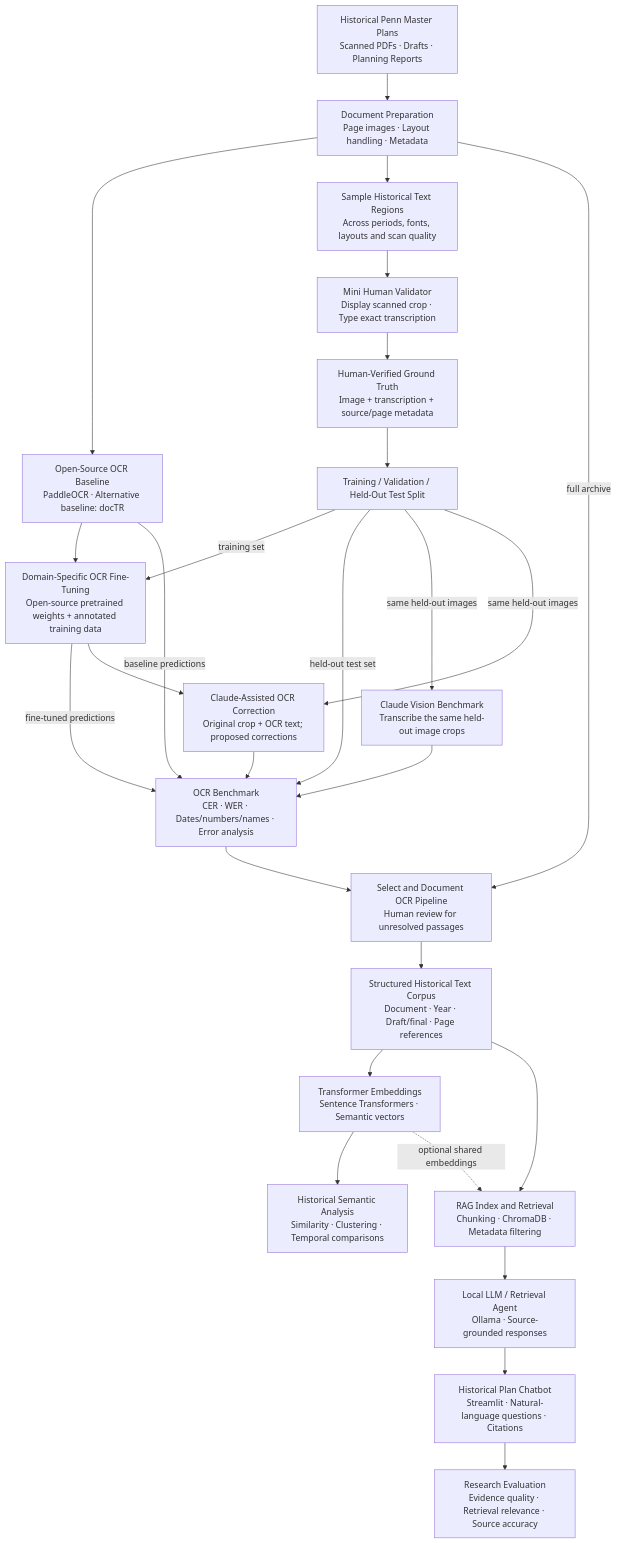
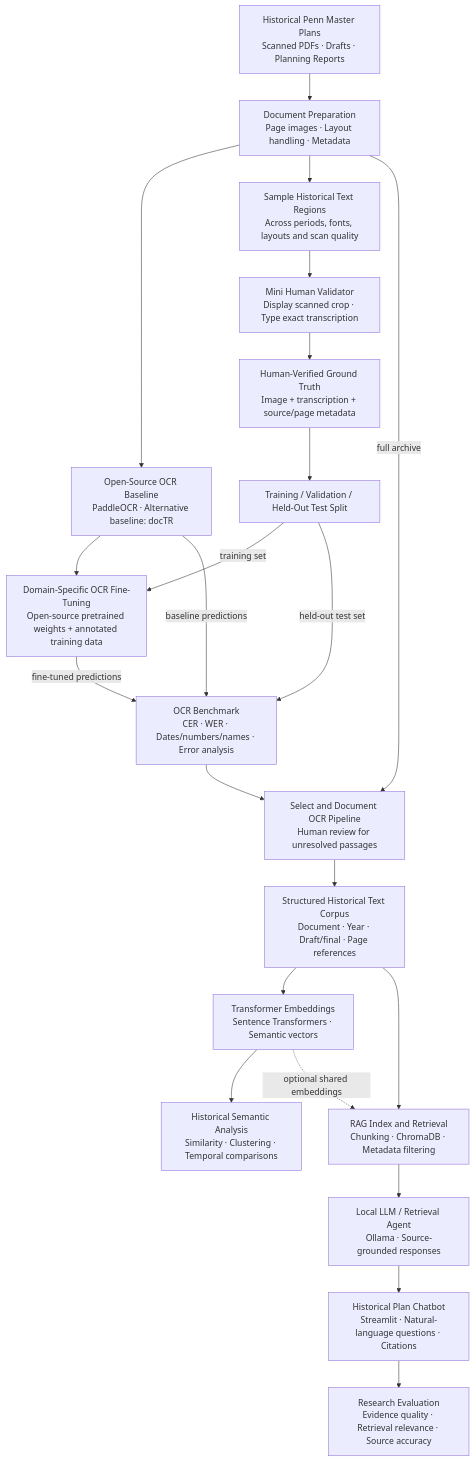
Before and after one commit to zyang91/ai-sustainbility-final: the diagram in VISION.md, drawn with Mermaid. The commit also changed other lines of this file and 5 other files, not shown here.

````diff
--- a/VISION.md
+++ b/VISION.md
@@ -16,43 +16,38 @@
 ```mermaid
 flowchart TD
     A["Historical Penn Master Plans<br/>Scanned PDFs · Drafts · Planning Reports"]
     B["Document Preparation<br/>Page images · Layout handling · Metadata"]
     C["Open-Source OCR Baseline<br/>PaddleOCR · Alternative baseline: docTR"]
     S["Sample Historical Text Regions<br/>Across periods, fonts, layouts and scan quality"]
     H["Mini Human Validator<br/>Display scanned crop · Type exact transcription"]
     G["Human-Verified Ground Truth<br/>Image + transcription + source/page metadata"]
     T["Training / Validation / Held-Out Test Split"]
     FT["Domain-Specific OCR Fine-Tuning<br/>Open-source pretrained weights + annotated training data"]
-    CL["Claude Vision Benchmark<br/>Transcribe the same held-out image crops"]
-    RC["Claude-Assisted OCR Correction<br/>Original crop + OCR text; proposed corrections"]
     EV["OCR Benchmark<br/>CER · WER · Dates/numbers/names · Error analysis"]
     SEL["Select and Document OCR Pipeline<br/>Human review for unresolved passages"]
     TXT["Structured Historical Text Corpus<br/>Document · Year · Draft/final · Page references"]
     EMB["Transformer Embeddings<br/>Sentence Transformers · Semantic vectors"]
     SEM["Historical Semantic Analysis<br/>Similarity · Clustering · Temporal comparisons"]
     IDX["RAG Index and Retrieval<br/>Chunking · ChromaDB · Metadata filtering"]
     LLM["Local LLM / Retrieval Agent<br/>Ollama · Source-grounded responses"]
     APP["Historical Plan Chatbot<br/>Streamlit · Natural-language questions · Citations"]
     QA["Research Evaluation<br/>Evidence quality · Retrieval relevance · Source accuracy"]
 
     A --> B
     B --> C
     B --> S
     S --> H --> G --> T
     T -->|"training set"| FT
     T -->|"held-out test set"| EV
     C --> FT
     C -->|"baseline predictions"| EV
     FT -->|"fine-tuned predictions"| EV
-    T -->|"same held-out images"| CL --> EV
-    FT --> RC --> EV
-    T -->|"same held-out images"| RC
     EV --> SEL
     SEL --> TXT
     B -->|"full archive"| SEL
     TXT --> EMB
     EMB --> SEM
     TXT --> IDX
     EMB -.->|"optional shared embeddings"| IDX
     IDX --> LLM --> APP --> QA
 ```
````
